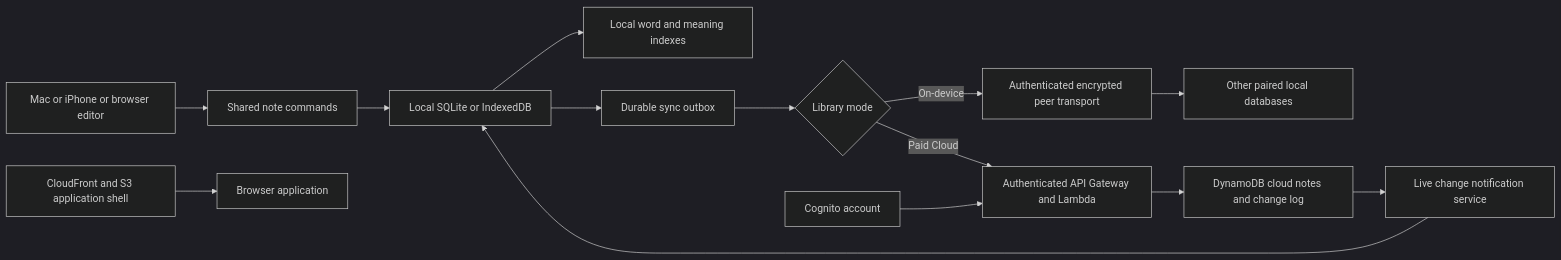
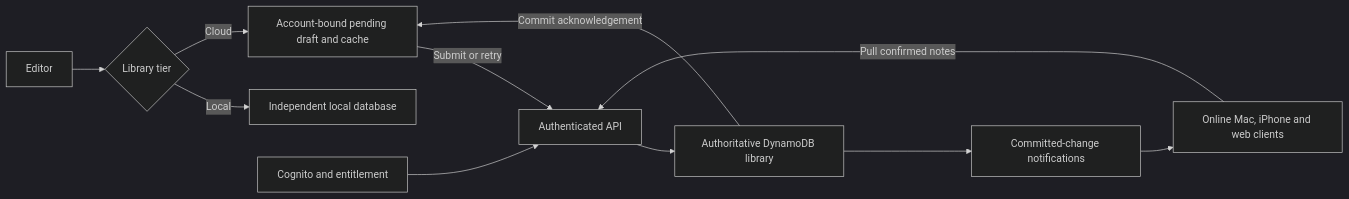
Before and after one commit to devsandip/peel: the diagram in docs/SPEC.md, drawn with Mermaid (dark theme). The commit also changed other lines of this file and 11 other files, not shown here.

Commit message:
Adopt independent Local libraries and server-confirmed Cloud storage

````diff
--- a/docs/SPEC.md
+++ b/docs/SPEC.md
@@ -238,16 +211,13 @@
 ```mermaid
 flowchart LR
-    UI[Mac or iPhone or browser editor] --> Core[Shared note commands]
-    Core --> Store[Local SQLite or IndexedDB]
-    Store --> Search[Local word and meaning indexes]
-    Store --> Queue[Durable sync outbox]
-    Queue --> Mode{Library mode}
-    Mode -->|On-device| Peer[Authenticated encrypted peer transport]
-    Peer --> Devices[Other paired local databases]
-    Mode -->|Paid Cloud| API[Authenticated API Gateway and Lambda]
-    API --> DB[DynamoDB cloud notes and change log]
-    DB --> Push[Live change notification service]
-    Push --> Store
-    Auth[Cognito account] --> API
-    AWS[CloudFront and S3 application shell] --> Browser[Browser application]
+    Editor[Editor] --> Tier{Library tier}
+    Tier -->|Local| Local[Independent local database]
+    Tier -->|Cloud| Draft[Account-bound pending draft and cache]
+    Draft -->|Submit or retry| API[Authenticated API]
+    Auth[Cognito and entitlement] --> API
+    API --> DB[Authoritative DynamoDB library]
+    DB -->|Commit acknowledgement| Draft
+    DB --> Push[Committed-change notifications]
+    Push --> Clients[Online Mac, iPhone and web clients]
+    Clients -->|Pull confirmed notes| API
 ```
````
